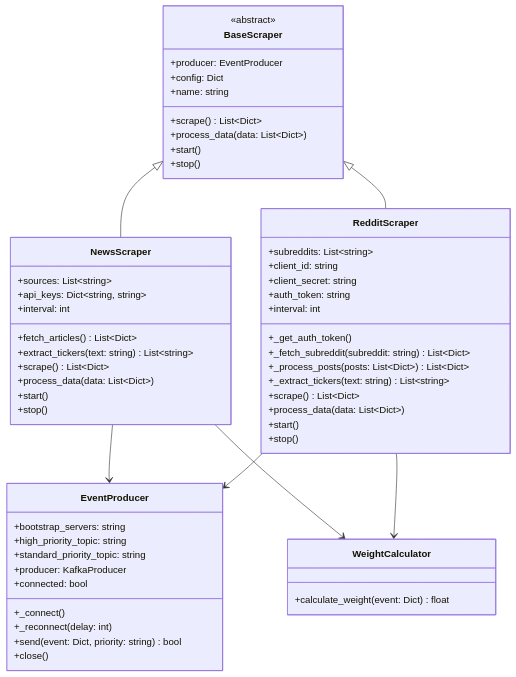
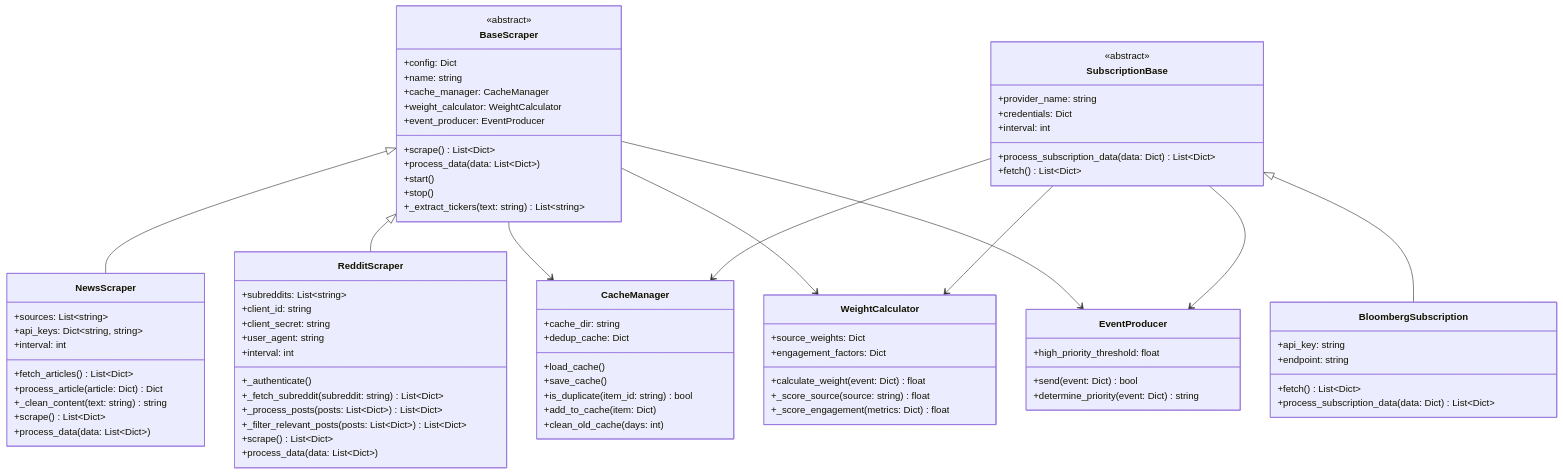
The second of 5 diagrams in documentation/architecture/scraper_architecture.md (JCorners68/RTSentiment), drawn with Mermaid before and after one commit. The commit also changed other lines of this file and 1750 other files, not shown here.

````diff
--- a/documentation/architecture/scraper_architecture.md
+++ b/documentation/architecture/scraper_architecture.md
@@ -181,13 +79,16 @@
 classDiagram
     class BaseScraper {
         <<abstract>>
-        +producer: EventProducer
         +config: Dict
         +name: string
+        +cache_manager: CacheManager
+        +weight_calculator: WeightCalculator
+        +event_producer: EventProducer
         +scrape() List~Dict~
         +process_data(data: List~Dict~)
         +start()
         +stop()
+        +_extract_tickers(text: string) List~string~
     }
     
     class NewsScraper {
@@ -195,49 +96,74 @@
         +api_keys: Dict~string, string~
         +interval: int
         +fetch_articles() List~Dict~
-        +extract_tickers(text: string) List~string~
+        +process_article(article: Dict) Dict
+        +_clean_content(text: string) string
         +scrape() List~Dict~
         +process_data(data: List~Dict~)
-        +start()
-        +stop()
     }
     
     class RedditScraper {
         +subreddits: List~string~
         +client_id: string
         +client_secret: string
-        +auth_token: string
+        +user_agent: string
         +interval: int
-        +_get_auth_token()
+        +_authenticate()
         +_fetch_subreddit(subreddit: string) List~Dict~
         +_process_posts(posts: List~Dict~) List~Dict~
-        +_extract_tickers(text: string) List~string~
+        +_filter_relevant_posts(posts: List~Dict~) List~Dict~
         +scrape() List~Dict~
         +process_data(data: List~Dict~)
-        +start()
-        +stop()
+    }
+    
+    class SubscriptionBase {
+        <<abstract>>
+        +provider_name: string
+        +credentials: Dict
+        +interval: int
+        +process_subscription_data(data: Dict) List~Dict~
+        +fetch() List~Dict~
+    }
+    
+    class BloombergSubscription {
+        +api_key: string
+        +endpoint: string
+        +fetch() List~Dict~
+        +process_subscription_data(data: Dict) List~Dict~
+    }
+    
+    class CacheManager {
+        +cache_dir: string
+        +dedup_cache: Dict
+        +load_cache()
+        +save_cache()
+        +is_duplicate(item_id: string) bool
+        +add_to_cache(item: Dict)
+        +clean_old_cache(days: int)
+    }
+    
+    class WeightCalculator {
+        +source_weights: Dict
+        +engagement_factors: Dict
+        +calculate_weight(event: Dict) float
+        +_score_source(source: string) float
+        +_score_engagement(metrics: Dict) float
     }
     
     class EventProducer {
-        +bootstrap_servers: string
-        +high_priority_topic: string
-        +standard_priority_topic: string
-        +producer: KafkaProducer
-        +connected: bool
-        +_connect()
-        +_reconnect(delay: int)
-        +send(event: Dict, priority: string) bool
-        +close()
-    }
-    
-    class WeightCalculator {
-        +calculate_weight(event: Dict) float
+        +high_priority_threshold: float
+        +send(event: Dict) bool
+        +determine_priority(event: Dict) string
     }
     
     BaseScraper <|-- NewsScraper
     BaseScraper <|-- RedditScraper
-    NewsScraper --> EventProducer
-    RedditScraper --> EventProducer
-    NewsScraper --> WeightCalculator
-    RedditScraper --> WeightCalculator
+    SubscriptionBase <|-- BloombergSubscription
+    
+    BaseScraper --> CacheManager
+    BaseScraper --> WeightCalculator
+    BaseScraper --> EventProducer
+    SubscriptionBase --> CacheManager
+    SubscriptionBase --> WeightCalculator
+    SubscriptionBase --> EventProducer
 ```
````
